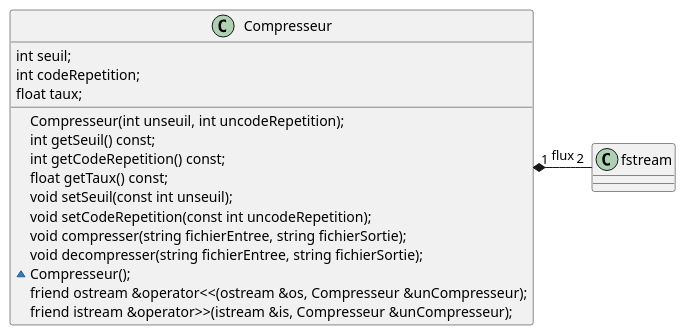
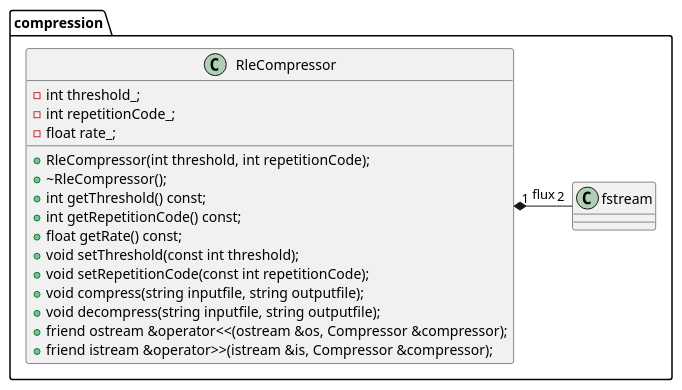
One commit to alainlebret/cpplab changed the diagram in sujets/tp09/classes.puml. Above: the diagram before and after it, drawn with PlantUML. The commit also changed 2 other files, not shown here.

```diff
--- a/sujets/tp09/classes.puml
+++ b/sujets/tp09/classes.puml
@@ -1,26 +1,26 @@
 @startuml
 
-class fstream {
+namespace compression {
+
+class RleCompressor {
+   -int threshold_;
+   -int repetitionCode_;
+   -float rate_;
+   +RleCompressor(int threshold, int repetitionCode);
+   +~RleCompressor();
+   +int getThreshold() const;
+   +int getRepetitionCode() const;
+   +float getRate() const;
+   +void setThreshold(const int threshold);
+   +void setRepetitionCode(const int repetitionCode);
+   +void compress(string inputfile, string outputfile);
+   +void decompress(string inputfile, string outputfile);
+   +friend ostream &operator<<(ostream &os, Compressor &compressor);
+   +friend istream &operator>>(istream &is, Compressor &compressor);
 }
 
-class Compresseur {
-    int seuil;
-    int codeRepetition;
-    float taux;
+RleCompressor "1" *-right- "2" fstream: flux
 
-    Compresseur(int unseuil, int uncodeRepetition);
-    int getSeuil() const;
-    int getCodeRepetition() const;
-    float getTaux() const;
-    void setSeuil(const int unseuil);
-    void setCodeRepetition(const int uncodeRepetition);
-    void compresser(string fichierEntree, string fichierSortie);
-    void decompresser(string fichierEntree, string fichierSortie);
-    ~Compresseur();
-    friend ostream &operator<<(ostream &os, Compresseur &unCompresseur);
-    friend istream &operator>>(istream &is, Compresseur &unCompresseur);
 }
 
-Compresseur "1" *-right- "2" fstream: flux
-
 @enduml
```
